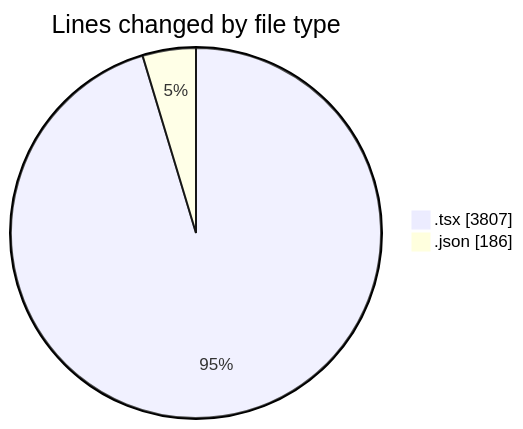
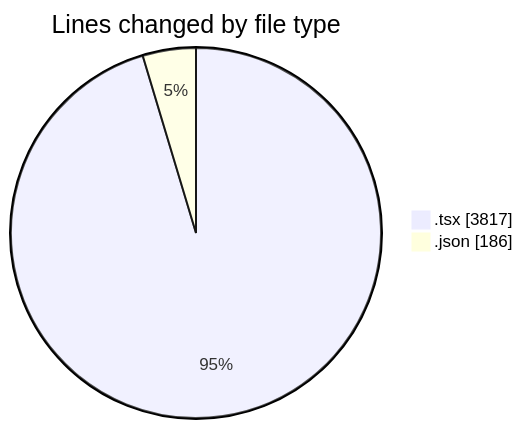
The first of 2 diagrams in 2026-08-06/cda/README.md (momahboobian/code-tracking), drawn with Mermaid before and after one commit. The commit also changed other lines of this file and 1 other file, not shown here.

````diff
--- a/2026-08-06/cda/README.md
+++ b/2026-08-06/cda/README.md
@@ -31,6 +31,6 @@
 ```mermaid
 pie showData
 title Lines changed by file type
-".tsx" : 3807
+".tsx" : 3817
 ".json" : 186
 ```
````
